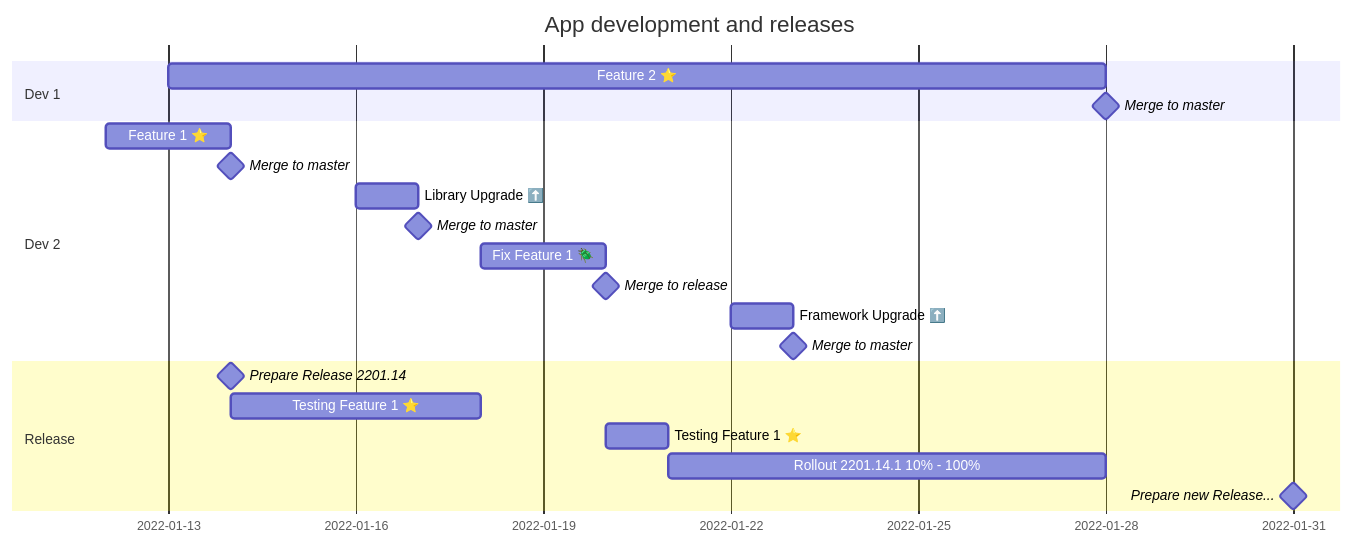
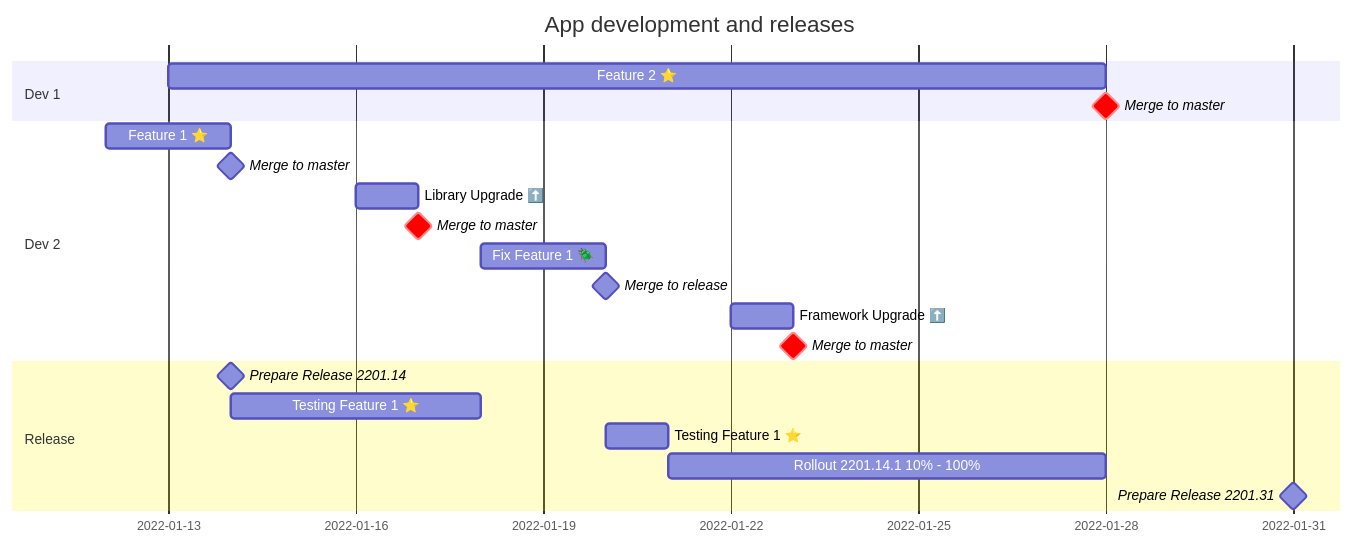
The fourth of 4 diagrams in README.md (okmanideep/app-branching-strategy), drawn with Mermaid before and after one commit. The commit also changed other lines of this file, not shown here.

Commit message:
Explain why release branches better

````diff
--- a/README.md
+++ b/README.md
@@ -163,28 +163,28 @@
 ```mermaid
 gantt
 	title App development and releases
 	dateFormat YYYY-MM-DD
 	tickInterval 3day
 
 	section Dev 1
 	Feature 2 ⭐ :a, 2022-01-13, 15d
-	Merge to master: milestone, after a, 0d
+	Merge to master: crit, milestone, after a, 0d
 
 	section Dev 2
 	Feature 1 ⭐ :b, 2022-01-12, 2d
 	Merge to master: milestone, after b, 0d
 	Library Upgrade ⬆️ : l, 2022-01-16, 1d
-	Merge to master: milestone, after l, 0d
+	Merge to master :crit, milestone, after l, 0d
 	Fix Feature 1 🪲: b2, after r1, 2d
 	Merge to release: milestone, after b2, 0d
 	Framework Upgrade ⬆️ : f, 2022-01-22, 1d
-	Merge to master: milestone, after f, 0d
+	Merge to master :crit, milestone, after f, 0d
 
 	section Release
 	Prepare Release 2201.14: milestone, after b, 0d
 	Testing Feature 1 ⭐: r1, after b, 4d
 	Testing Feature 1 ⭐: r2, after b2, 1d
 	Rollout 2201.14.1 10% - 100%: r3, after r2, 7d
-	Prepare new Release...: milestone, 2022-01-31, 0d
+	Prepare Release 2201.31: milestone, 2022-01-31, 0d
 	
 ```
````
